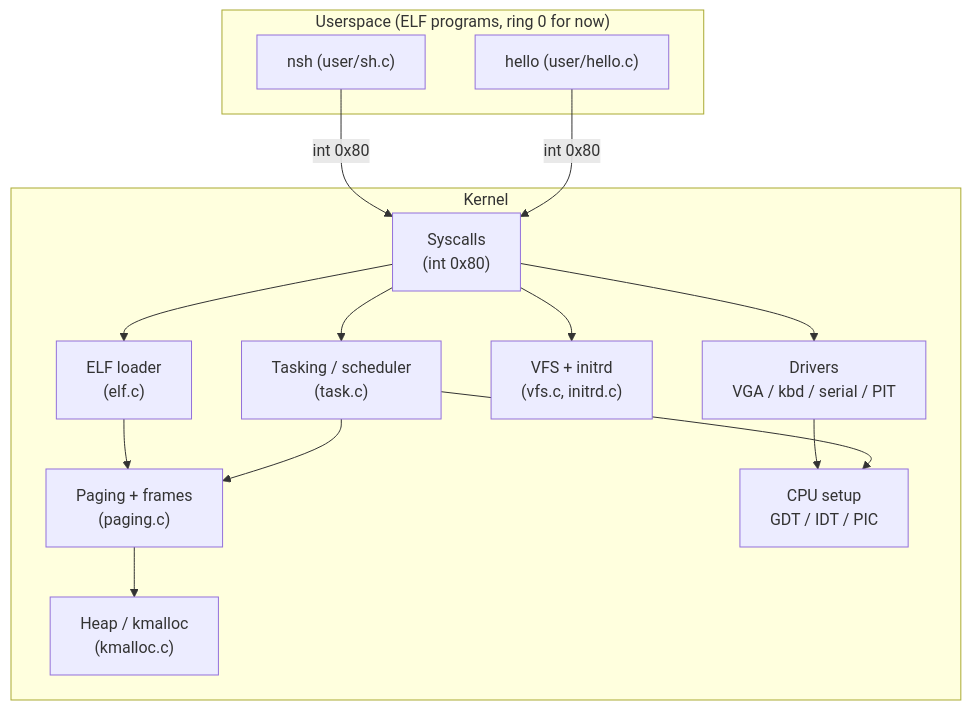
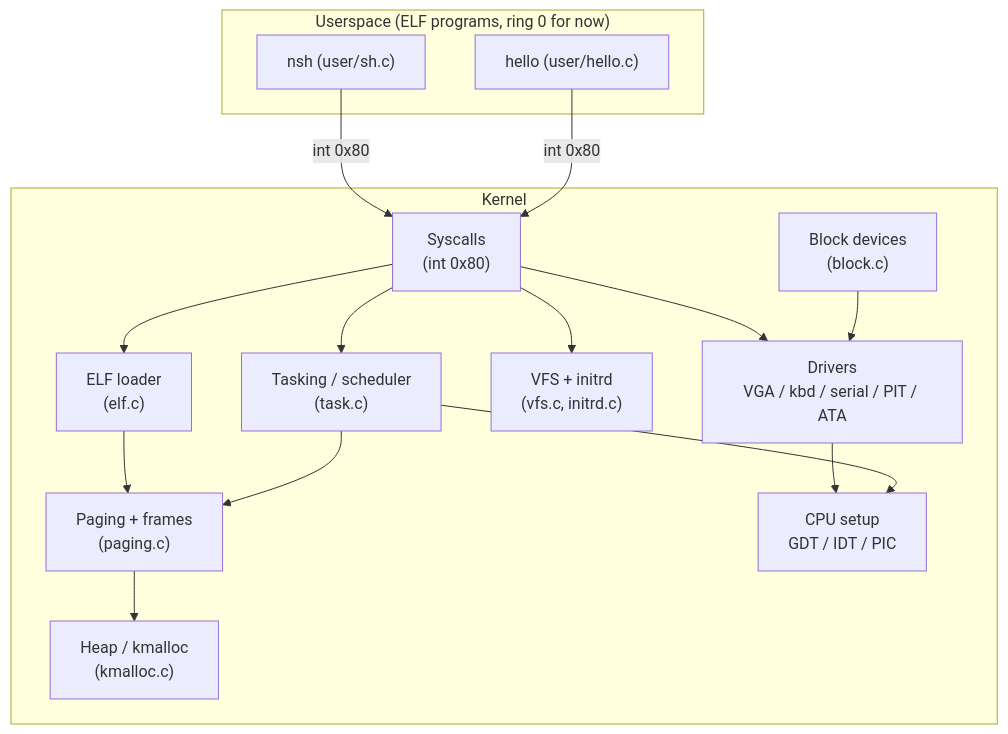
The first of 8 diagrams in docs/ARCHITECTURE.md (gsass1/nos), drawn with Mermaid before and after one commit. The commit also changed other lines of this file and 7 other files, not shown here.

First line of the commit message:
Add polling ATA PIO block device support (#5)

````diff
--- a/docs/ARCHITECTURE.md
+++ b/docs/ARCHITECTURE.md
@@ -34,28 +34,30 @@
 ```mermaid
 flowchart TB
     subgraph user["Userspace (ELF programs, ring 0 for now)"]
         sh["nsh (user/sh.c)"]
         hello["hello (user/hello.c)"]
     end
     subgraph kernel["Kernel"]
         sys["Syscalls<br/>(int 0x80)"]
         task["Tasking / scheduler<br/>(task.c)"]
         elf["ELF loader<br/>(elf.c)"]
         mm["Paging + frames<br/>(paging.c)"]
         heap["Heap / kmalloc<br/>(kmalloc.c)"]
         vfs["VFS + initrd<br/>(vfs.c, initrd.c)"]
-        drv["Drivers<br/>VGA / kbd / serial / PIT"]
+        drv["Drivers<br/>VGA / kbd / serial / PIT / ATA"]
+        block["Block devices<br/>(block.c)"]
         cpu["CPU setup<br/>GDT / IDT / PIC"]
     end
     sh -- "int 0x80" --> sys
     hello -- "int 0x80" --> sys
     sys --> task
     sys --> elf
     sys --> vfs
     sys --> drv
+    block --> drv
     elf --> mm
     task --> mm
     mm --> heap
     drv --> cpu
     task --> cpu
 ```
````
